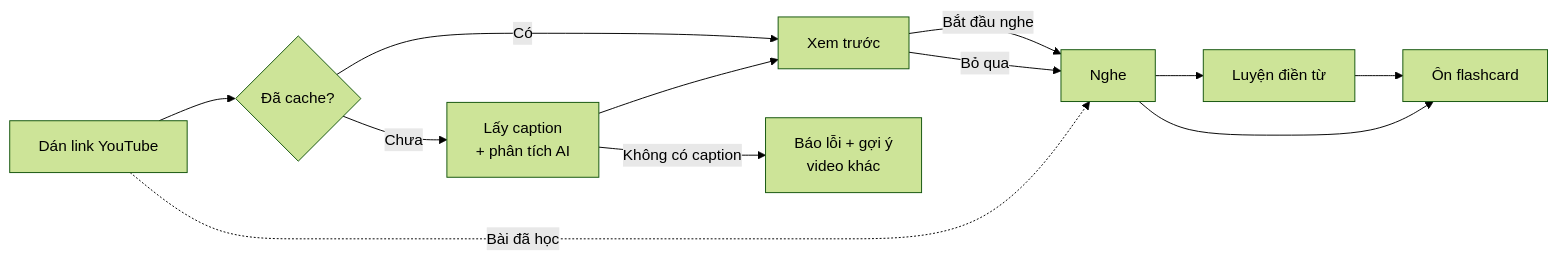
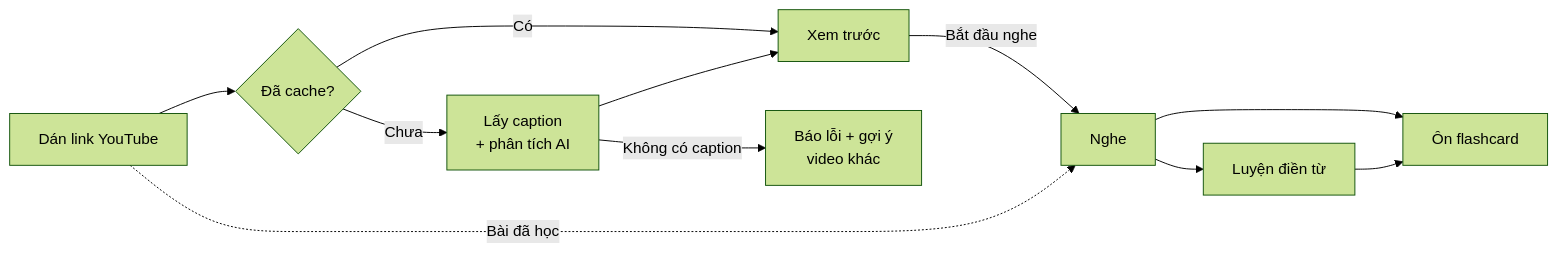
The first of 2 diagrams in docs/PRD.md (lqtrung-95/lyric-lab), drawn with Mermaid (forest theme) before and after one commit. The commit also changed other lines of this file and 2 other files, not shown here.

Commit message:
fix: bỏ liên kết bỏ qua ở màn xem trước

````diff
--- a/docs/PRD.md
+++ b/docs/PRD.md
@@ -95,13 +95,12 @@
 ```mermaid
 flowchart LR
   A[Dán link YouTube] --> B{Đã cache?}
   B -- Có --> D[Xem trước]
   B -- Chưa --> C[Lấy caption<br/>+ phân tích AI] --> D
   C -- Không có caption --> X[Báo lỗi + gợi ý<br/>video khác]
   D -- Bắt đầu nghe --> E[Nghe]
   A -. Bài đã học .-> E
-  D -- Bỏ qua --> E
   E --> F[Luyện điền từ]
   E --> G[Ôn flashcard]
   F --> G
 ```
````
